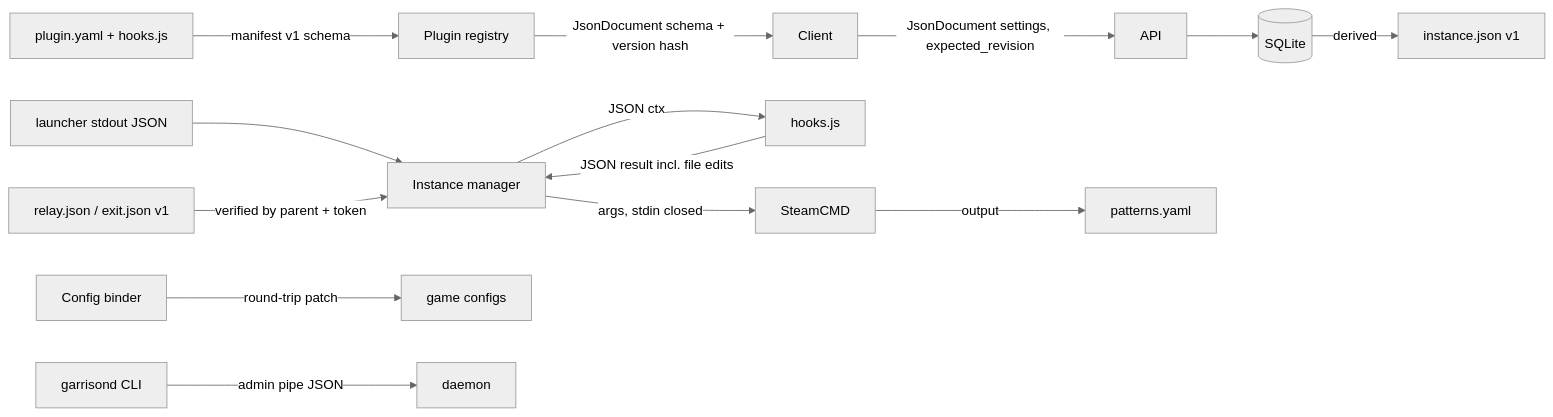
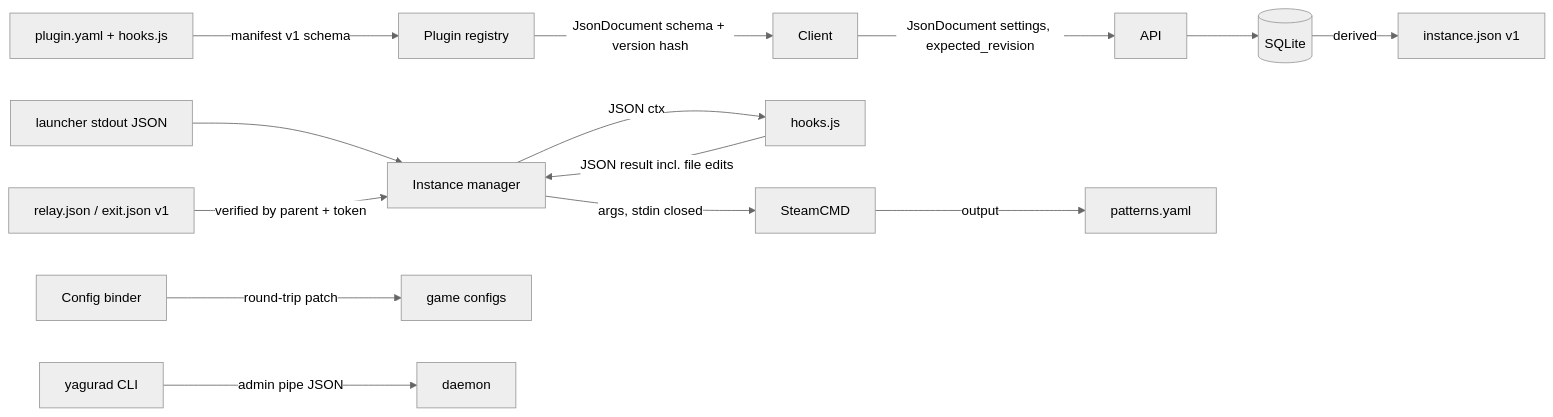
One commit to sh1ny/yagura changed the fourth of 4 diagrams in openspec/changes/init-core-platform/design.md. Above: the diagram before and after it, drawn with Mermaid (neutral theme). The commit also changed other lines of this file and 121 other files, not shown here.

````diff
--- a/openspec/changes/init-core-platform/design.md
+++ b/openspec/changes/init-core-platform/design.md
@@ -245,15 +245,15 @@
 ```mermaid
 flowchart LR
   PY[plugin.yaml + hooks.js] -->|manifest v1 schema| REG[Plugin registry]
   REG -->|JsonDocument schema + version hash| CL[Client]
   CL -->|JsonDocument settings, expected_revision| API[API]
   API --> DB[(SQLite)]
   DB -->|derived| IJ[instance.json v1]
   IM[Instance manager] -->|JSON ctx| HK[hooks.js]
   HK -->|JSON result incl. file edits| IM
   IM -->|args, stdin closed| SC[SteamCMD] -->|output| PT[patterns.yaml]
   LCH[launcher stdout JSON] --> IM
   RL[relay.json / exit.json v1] -->|verified by parent + token| IM
   CB[Config binder] -->|round-trip patch| CF[game configs]
-  ADM[garrisond CLI] -->|admin pipe JSON| D[daemon]
+  ADM[yagurad CLI] -->|admin pipe JSON| D[daemon]
 ```
````
